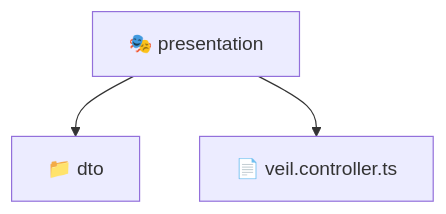
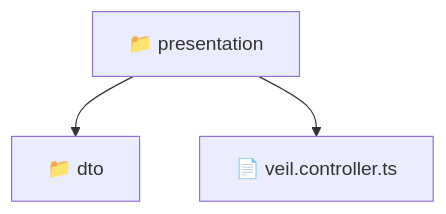
Before and after one commit to beginwebdev2002/fullstack-mavluda: the diagram in backend/src/modules/veil/presentation/README.md, drawn with Mermaid. The commit also changed other lines of this file and 159 other files, not shown here.

````diff
--- a/backend/src/modules/veil/presentation/README.md
+++ b/backend/src/modules/veil/presentation/README.md
@@ -11,6 +9,6 @@
 ```mermaid
 graph TD
-  presentation["🎭 presentation"]
-  presentation --> presentation_dto["📁 dto"]
-  presentation --> presentation_veil_controller_ts["📄 veil.controller.ts"]
+  Root["📁 presentation"]
+  Root --> dto["📁 dto"]
+  Root --> veil_controller_ts["📄 veil.controller.ts"]
 ```
````
